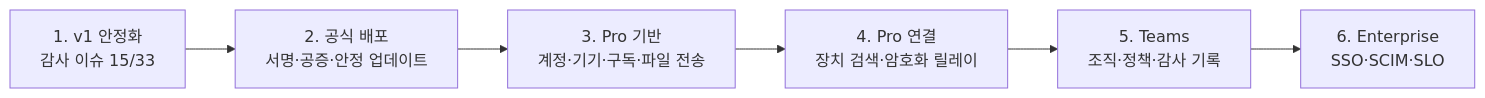
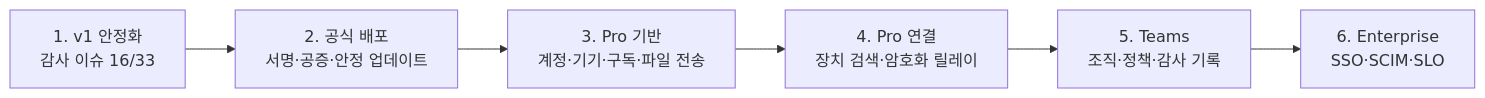
One commit to Cherry-Company/ieum changed the third of 3 diagrams in README.md. Above: the diagram before and after it, drawn with Mermaid. The commit also changed other lines of this file and 14 other files, not shown here.

````diff
--- a/README.md
+++ b/README.md
@@ -690,8 +705,8 @@
 ```mermaid
 flowchart LR
-  P1["1. v1 안정화<br/>감사 이슈 15/33"] --> P2["2. 공식 배포<br/>서명·공증·안정 업데이트"]
+  P1["1. v1 안정화<br/>감사 이슈 16/33"] --> P2["2. 공식 배포<br/>서명·공증·안정 업데이트"]
   P2 --> P3["3. Pro 기반<br/>계정·기기·구독·파일 전송"]
   P3 --> P4["4. Pro 연결<br/>장치 검색·암호화 릴레이"]
   P4 --> P5["5. Teams<br/>조직·정책·감사 기록"]
   P5 --> P6["6. Enterprise<br/>SSO·SCIM·SLO"]
 ```
````
